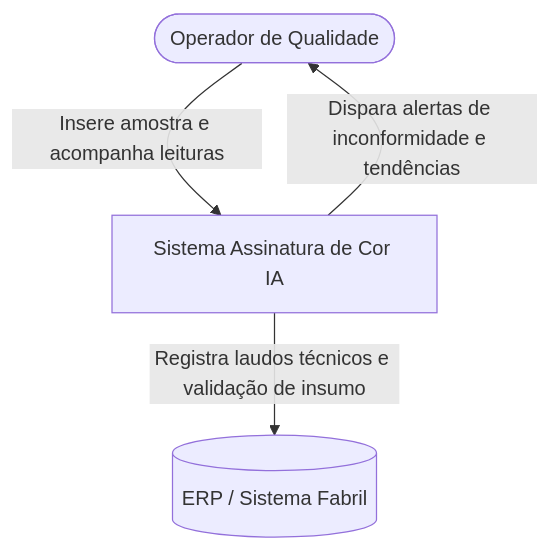
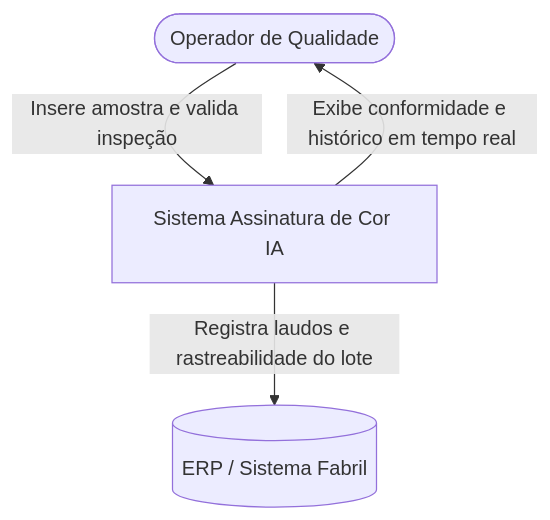
One commit to hellennverenaa/assinatura-cor-ia changed the second of 4 diagrams in README.md. Above: the diagram before and after it, drawn with Mermaid. The commit also changed other lines of this file, not shown here.

````diff
--- a/README.md
+++ b/README.md
@@ -38,10 +44,10 @@
 ```mermaid
 graph TD
-    Operador([Operador de Qualidade])
-    Sistema[Sistema Assinatura de Cor IA]
-    ERP[(ERP / Sistema Fabril)]
+    Operador(["Operador de Qualidade"])
+    Sistema["Sistema Assinatura de Cor IA"]
+    ERP[("ERP / Sistema Fabril")]
 
-    Operador -->|Insere amostra e acompanha leituras| Sistema
-    Sistema -->|Dispara alertas de inconformidade e tendências| Operador
-    Sistema -->|Registra laudos técnicos e validação de insumo| ERP
+    Operador -->|"Insere amostra e valida inspeção"| Sistema
+    Sistema -->|"Exibe conformidade e histórico em tempo real"| Operador
+    Sistema -->|"Registra laudos e rastreabilidade do lote"| ERP
 ```
````
